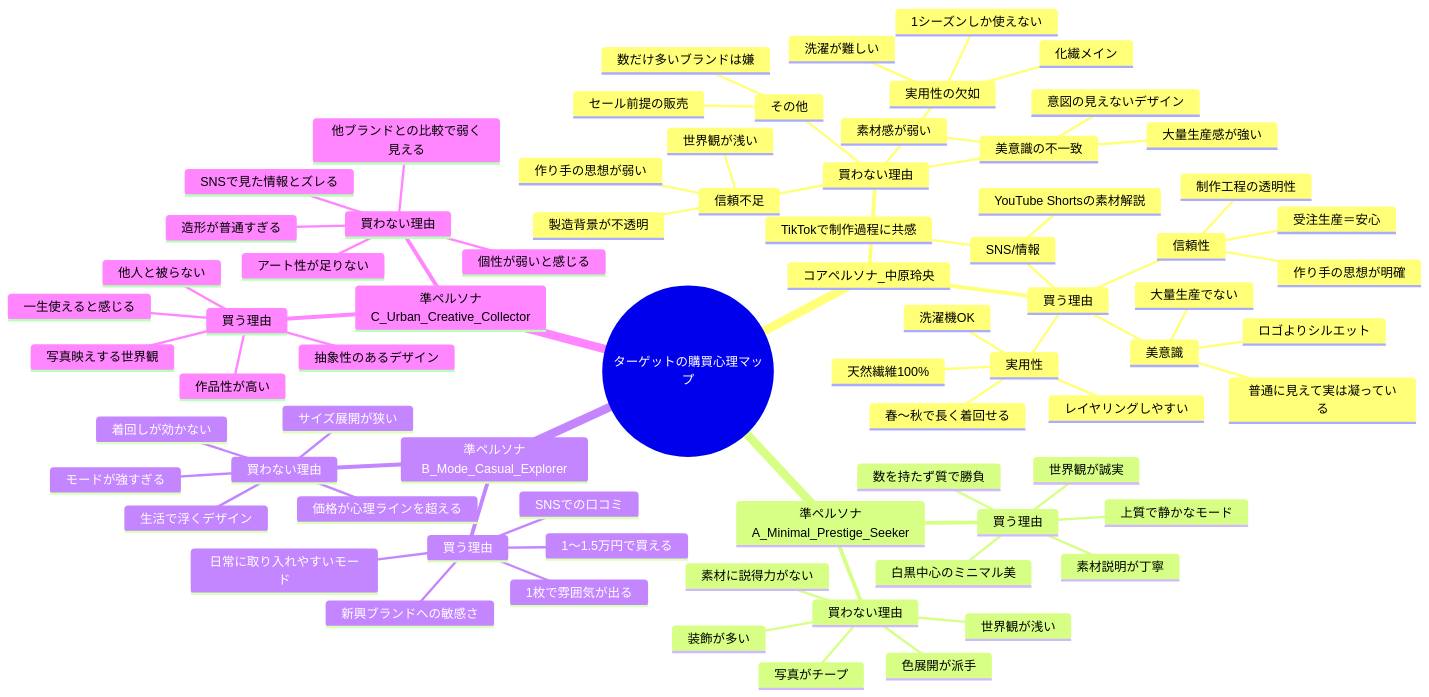
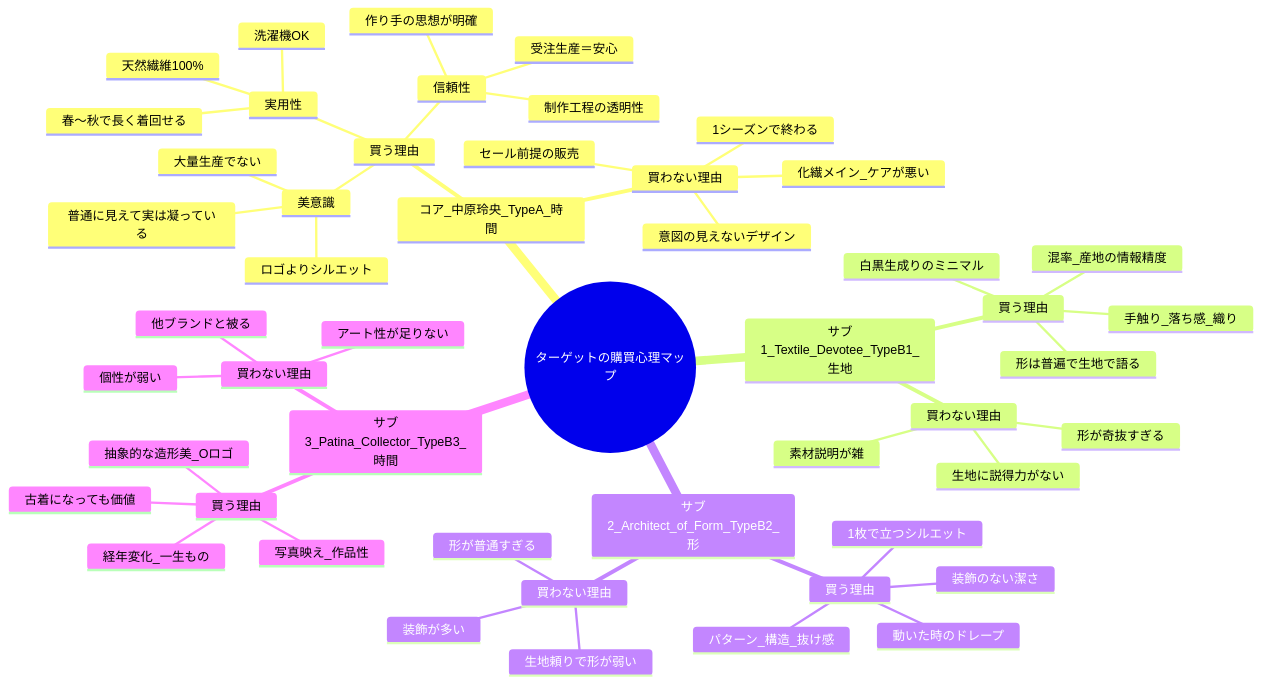
The diagram in docs/1_RequirementsDifinition/brand.md (ChocoWork/o_official), drawn with Mermaid before and after one commit. The commit also changed other lines of this file and 4 other files, not shown here.

````diff
--- a/docs/1_RequirementsDifinition/brand.md
+++ b/docs/1_RequirementsDifinition/brand.md
@@ -233,81 +329,57 @@
 ```mermaid
 mindmap
   root((ターゲットの購買心理マップ))
 
-    コアペルソナ_中原玲央
+    コア_中原玲央_TypeA_時間
       買う理由
         美意識
           ロゴよりシルエット
           普通に見えて実は凝っている
           大量生産でない
         実用性
           天然繊維100%
           洗濯機OK
-          レイヤリングしやすい
           春〜秋で長く着回せる
         信頼性
           作り手の思想が明確
           制作工程の透明性
           受注生産＝安心
-        SNS/情報
-          TikTokで制作過程に共感
-          YouTube Shortsの素材解説
       買わない理由
-        美意識の不一致
-          意図の見えないデザイン
-          大量生産感が強い
-          素材感が弱い
-        実用性の欠如
-          化繊メイン
-          洗濯が難しい
-          1シーズンしか使えない
-        信頼不足
-          製造背景が不透明
-          世界観が浅い
-          作り手の思想が弱い
-        その他
-          セール前提の販売
-          数だけ多いブランドは嫌
+        意図の見えないデザイン
+        化繊メイン_ケアが悪い
+        1シーズンで終わる
+        セール前提の販売
 
-    準ペルソナA_Minimal_Prestige_Seeker
+    サブ1_Textile_Devotee_TypeB1_生地
       買う理由
-        数を持たず質で勝負
-        上質で静かなモード
-        素材説明が丁寧
-        世界観が誠実
-        白黒中心のミニマル美
+        手触り_落ち感_織り
+        混率_産地の情報精度
+        形は普遍で生地で語る
+        白黒生成りのミニマル
       買わない理由
+        生地に説得力がない
+        素材説明が雑
+        形が奇抜すぎる
+
+    サブ2_Architect_of_Form_TypeB2_形
+      買う理由
+        パターン_構造_抜け感
+        動いた時のドレープ
+        1枚で立つシルエット
+        装飾のない潔さ
+      買わない理由
+        形が普通すぎる
         装飾が多い
-        色展開が派手
-        素材に説得力がない
-        世界観が浅い
-        写真がチープ
+        生地頼りで形が弱い
 
-    準ペルソナB_Mode_Casual_Explorer
+    サブ3_Patina_Collector_TypeB3_時間
       買う理由
-        日常に取り入れやすいモード
-        1枚で雰囲気が出る
-        1〜1.5万円で買える
-        SNSでの口コミ
-        新興ブランドへの敏感さ
+        経年変化_一生もの
+        古着になっても価値
+        抽象的な造形美_Oロゴ
+        写真映え_作品性
       買わない理由
-        価格が心理ラインを超える
-        モードが強すぎる
-        着回しが効かない
-        サイズ展開が狭い
-        生活で浮くデザイン
-
-    準ペルソナC_Urban_Creative_Collector
-      買う理由
-        写真映えする世界観
-        抽象性のあるデザイン
-        他人と被らない
-        一生使えると感じる
-        作品性が高い
-      買わない理由
-        個性が弱いと感じる
-        造形が普通すぎる
+        個性が弱い
         アート性が足りない
-        SNSで見た情報とズレる
-        他ブランドとの比較で弱く見える
+        他ブランドと被る
 ```
````
